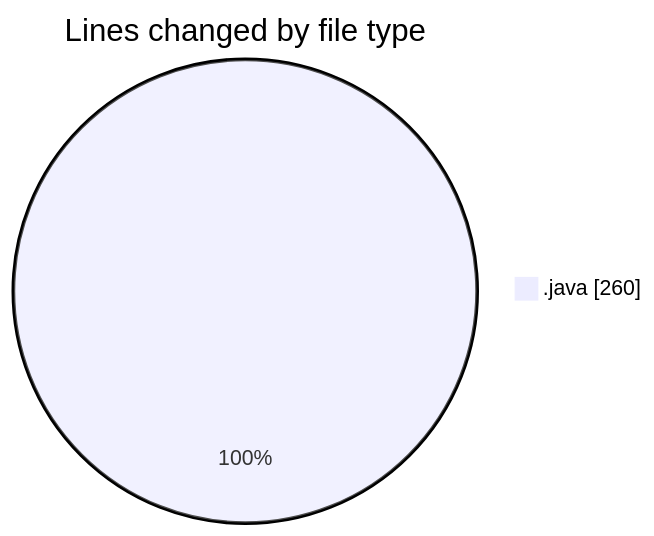
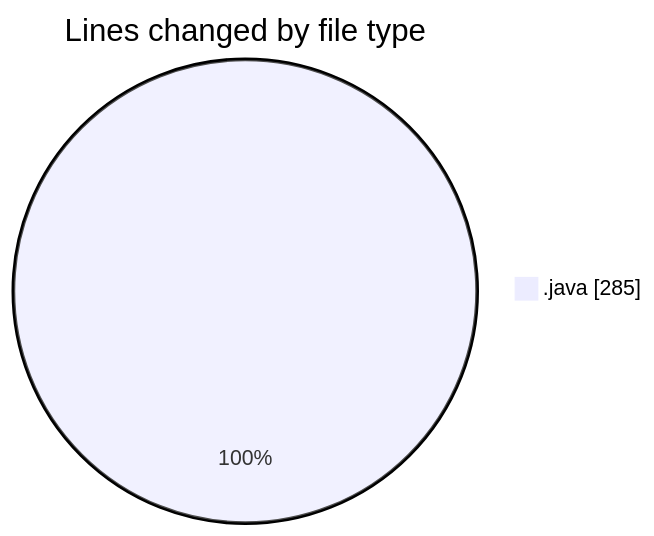
The first of 2 diagrams in 2026-04-23/cilwebcustomercomunication/README.md (ricardozamudiocil/code-tracking), drawn with Mermaid before and after one commit. The commit also changed other lines of this file and 1 other file, not shown here.

````diff
--- a/2026-04-23/cilwebcustomercomunication/README.md
+++ b/2026-04-23/cilwebcustomercomunication/README.md
@@ -21,5 +21,5 @@
 ```mermaid
 pie showData
 title Lines changed by file type
-".java" : 260
+".java" : 285
 ```
````
